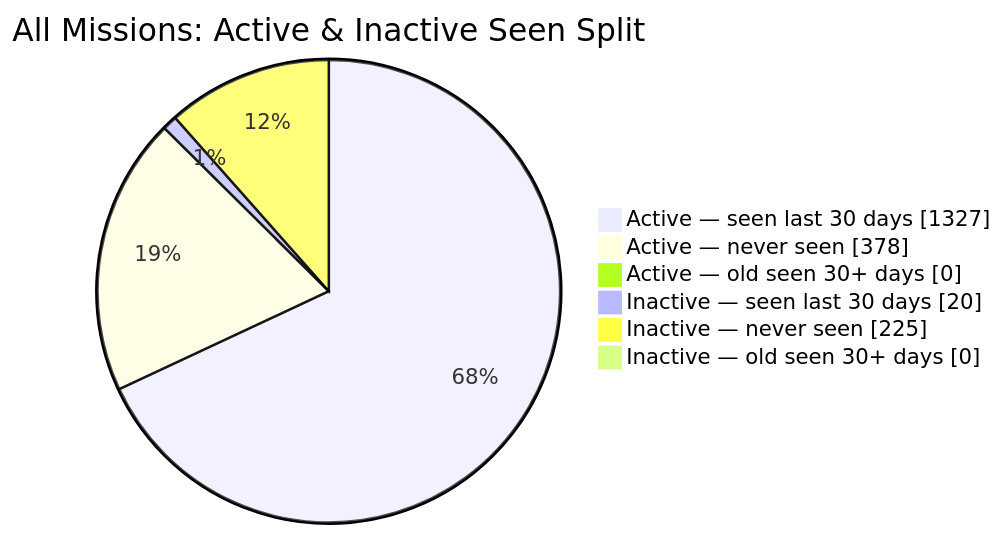
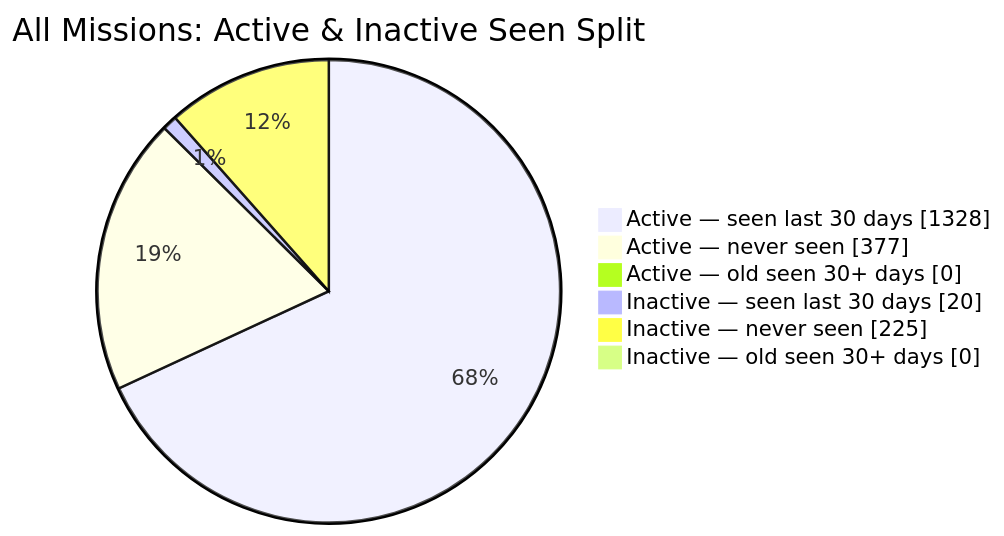
One commit to MeldkamerspelGameTeam/active-missions changed the second of 2 diagrams in README.md. Above: the diagram before and after it, drawn with Mermaid. The commit also changed other lines of this file and 2 other files, not shown here.

````diff
--- a/README.md
+++ b/README.md
@@ -44,10 +44,10 @@
 ```mermaid
 pie showData
     title All Missions: Active & Inactive Seen Split
-    "Active — seen last 30 days" : 1327
-    "Active — never seen" : 378
+    "Active — seen last 30 days" : 1328
+    "Active — never seen" : 377
     "Active — old seen 30+ days" : 0
     "Inactive — seen last 30 days" : 20
     "Inactive — never seen" : 225
     "Inactive — old seen 30+ days" : 0
 ```
````
